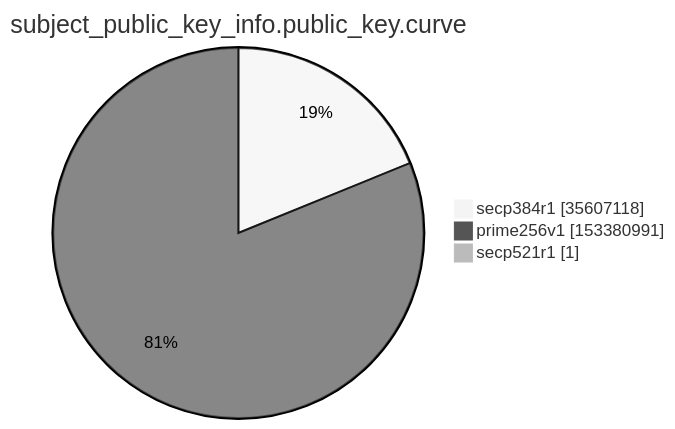
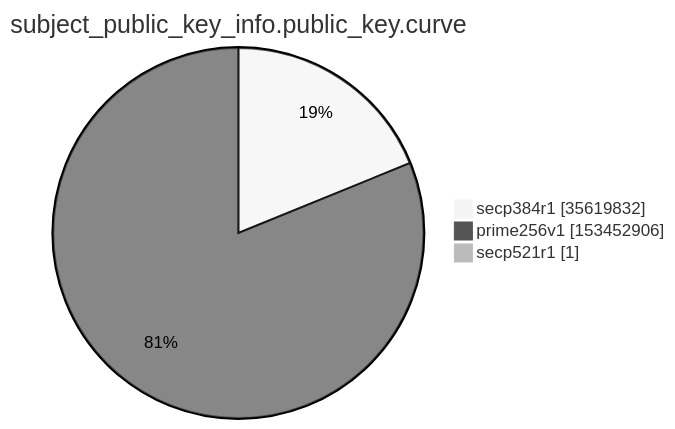
The ninth of 15 diagrams in argon2022/README.md (christiankrug/ctmonitor_visualization), drawn with Mermaid (neutral theme) before and after one commit. The commit also changed other lines of this file, not shown here.

````diff
--- a/argon2022/README.md
+++ b/argon2022/README.md
@@ -2765,7 +2765,7 @@
 ```mermaid
 pie showData
 title subject_public_key_info.public_key.curve
-"secp384r1" :35607118
-"prime256v1" :153380991
+"secp384r1" :35619832
+"prime256v1" :153452906
 "secp521r1" :1
 ```
````
